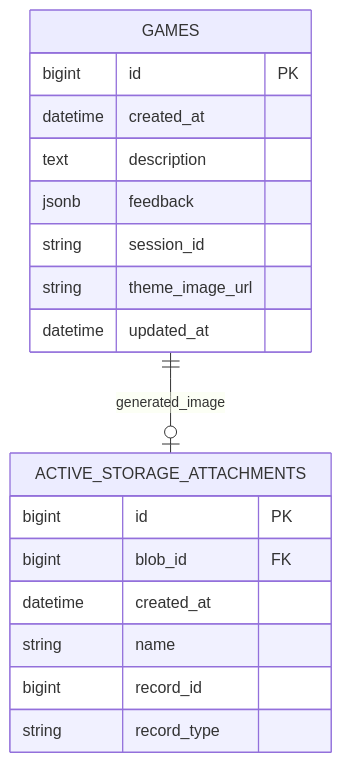
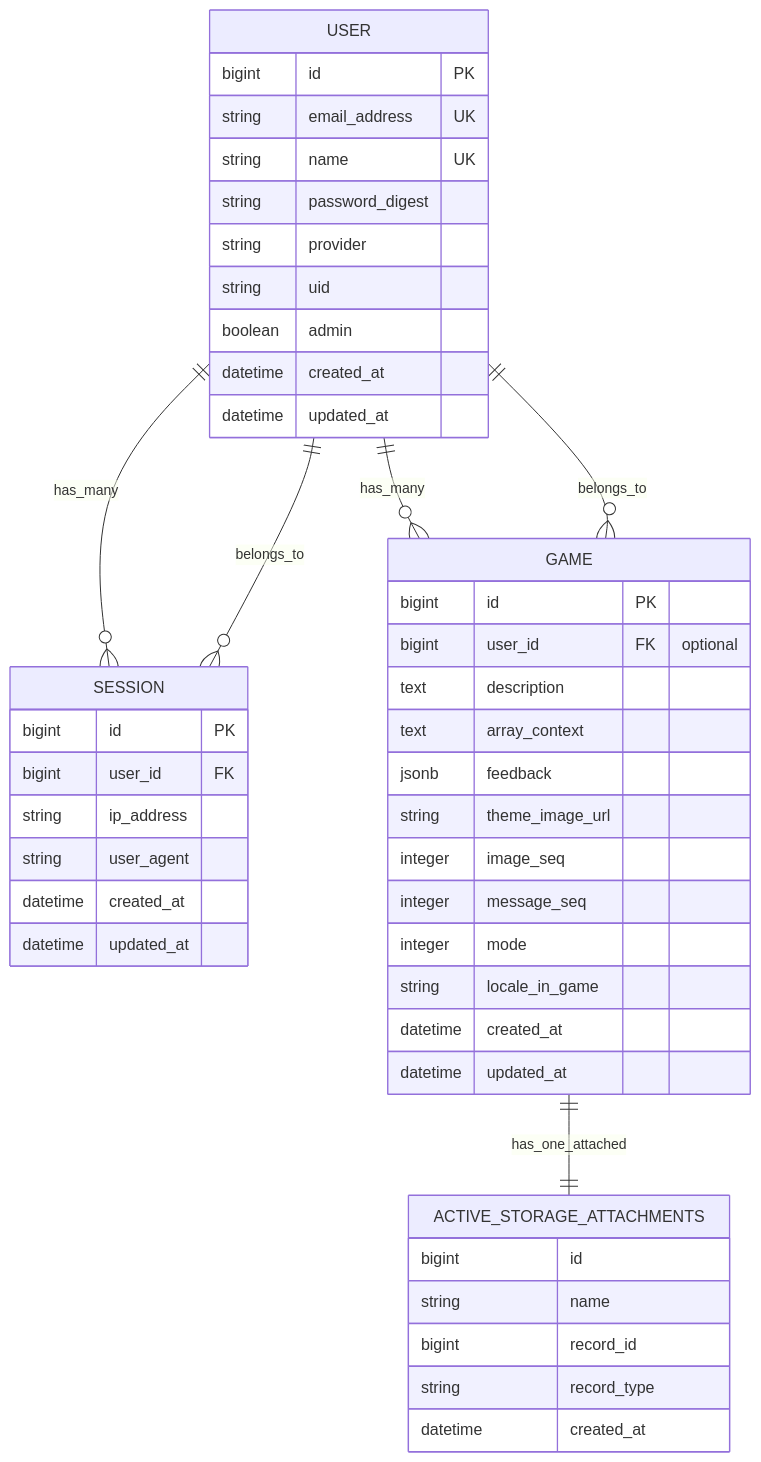
The diagram in README.md (Shogo-76a/describe_this), drawn with Mermaid before and after one commit.

Commit message:
ER図を更新しました。

````diff
--- a/README.md
+++ b/README.md
@@ -34,24 +34,52 @@
 ```mermaid
 erDiagram
-  GAMES {
-    bigint id PK
-    datetime created_at
-    text description
-    jsonb feedback
-    string session_id
-    string theme_image_url
-    datetime updated_at
-  }
-  
-  ACTIVE_STORAGE_ATTACHMENTS {
-    bigint id PK
-    bigint blob_id FK
-    datetime created_at
-    string name
-    bigint record_id
-    string record_type
-  }
-  
+    USER ||--o{ SESSION : has_many
+    USER ||--o{ GAME : has_many
+    GAME }o--|| USER : belongs_to
+    SESSION }o--|| USER : belongs_to
+    GAME ||--|| ACTIVE_STORAGE_ATTACHMENTS : has_one_attached
 
-  GAMES ||--o| ACTIVE_STORAGE_ATTACHMENTS : generated_image
+    USER {
+        bigint id PK
+        string email_address UK
+        string name UK
+        string password_digest
+        string provider
+        string uid
+        boolean admin
+        datetime created_at
+        datetime updated_at
+    }
+
+    SESSION {
+        bigint id PK
+        bigint user_id FK
+        string ip_address
+        string user_agent
+        datetime created_at
+        datetime updated_at
+    }
+
+    GAME {
+        bigint id PK
+        bigint user_id FK "optional"
+        text description
+        text array_context
+        jsonb feedback
+        string theme_image_url
+        integer image_seq
+        integer message_seq
+        integer mode
+        string locale_in_game
+        datetime created_at
+        datetime updated_at
+    }
+
+    ACTIVE_STORAGE_ATTACHMENTS {
+        bigint id
+        string name
+        bigint record_id
+        string record_type
+        datetime created_at
+    }
 ```
````
